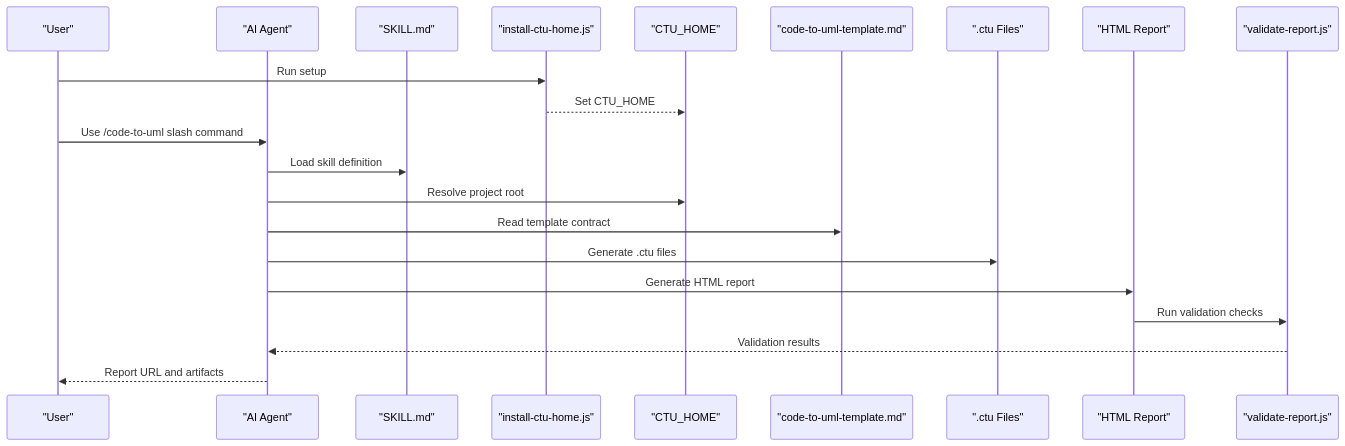
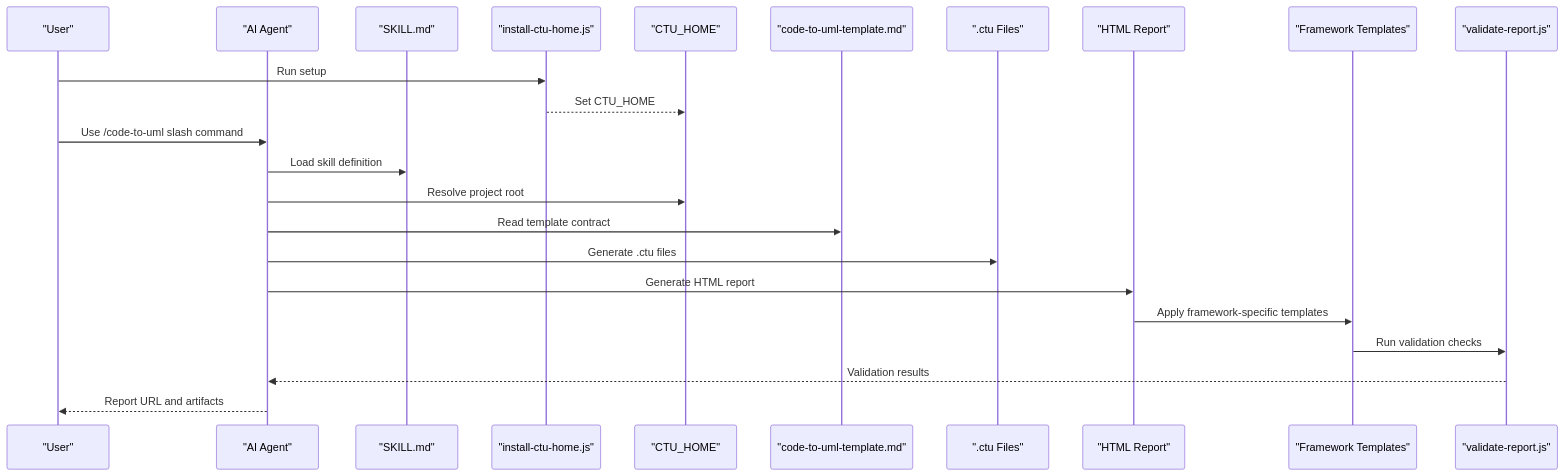
The second of 8 diagrams in .qoder/repowiki/en/content/AI Agent Integration/AI Agent Integration.md (pingwurth/code-to-uml), drawn with Mermaid before and after one commit. The commit also changed other lines of this file and 48 other files, not shown here.

````diff
--- a/.qoder/repowiki/en/content/AI Agent Integration/AI Agent Integration.md
+++ b/.qoder/repowiki/en/content/AI Agent Integration/AI Agent Integration.md
@@ -130,23 +148,25 @@
 ```mermaid
 sequenceDiagram
 participant User as "User"
 participant Agent as "AI Agent"
 participant Skill as "SKILL.md"
 participant Installer as "install-ctu-home.js"
 participant Env as "CTU_HOME"
 participant Template as "code-to-uml-template.md"
 participant Data as ".ctu Files"
 participant HTML as "HTML Report"
+participant Framework as "Framework Templates"
 participant Validator as "validate-report.js"
 User->>Installer : Run setup
 Installer-->>Env : Set CTU_HOME
 User->>Agent : Use /code-to-uml slash command
 Agent->>Skill : Load skill definition
 Agent->>Env : Resolve project root
 Agent->>Template : Read template contract
 Agent->>Data : Generate .ctu files
 Agent->>HTML : Generate HTML report
-HTML->>Validator : Run validation checks
+HTML->>Framework : Apply framework-specific templates
+Framework->>Validator : Run validation checks
 Validator-->>Agent : Validation results
 Agent-->>User : Report URL and artifacts
 ```
````
